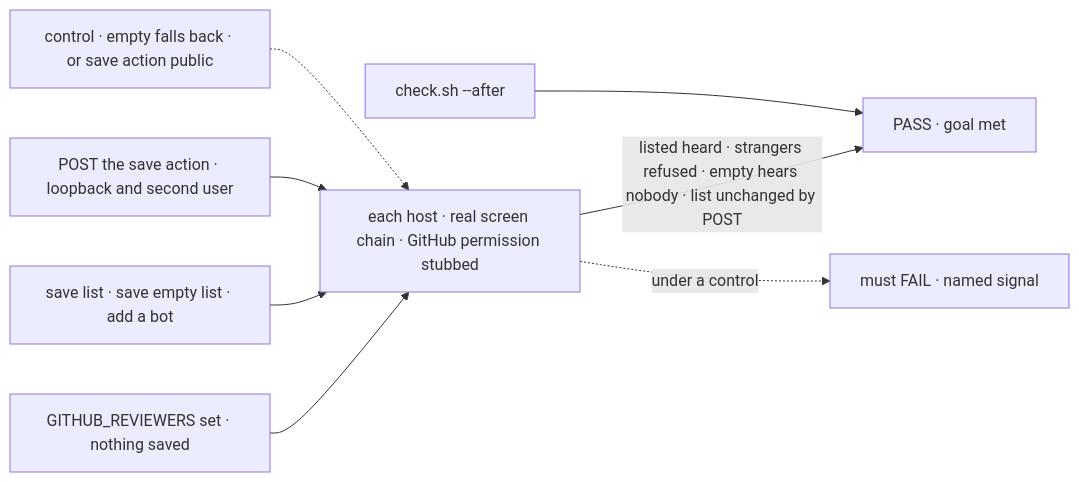
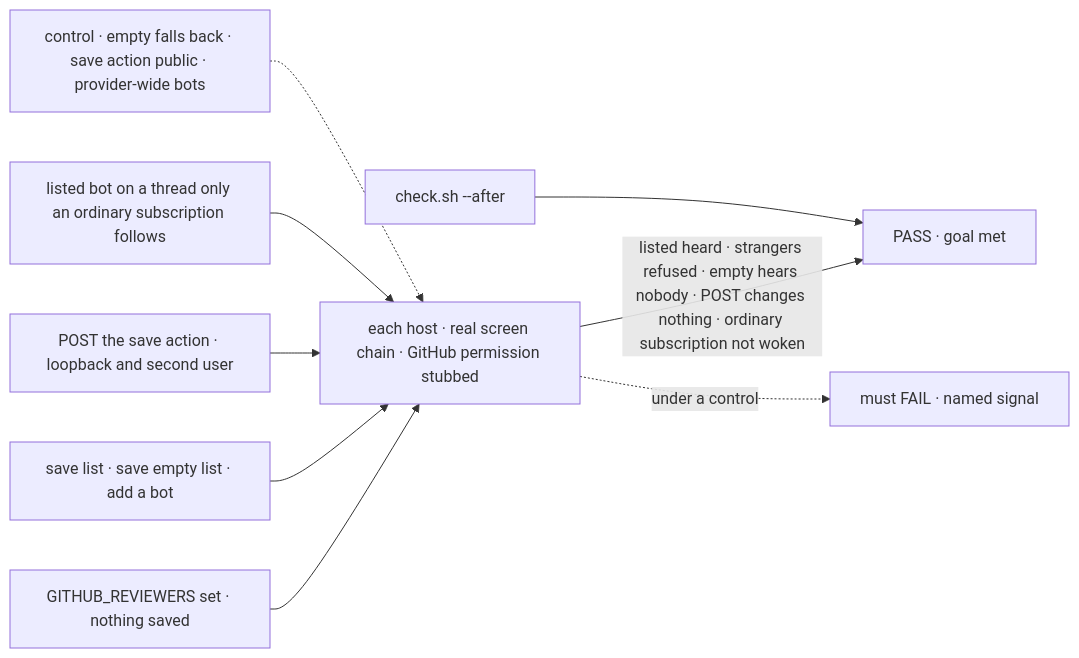
Before and after one commit to fixpoint-labs/flow-state-dev: the first of 2 diagrams in specs/issues/FIX-2873/SPEC.md, drawn with Mermaid. The commit also changed other lines of this file and 2 other files, not shown here.

First line of the commit message:
spec(FIX-2873): admit listed bots per follow, and narrow the goal to the direct write

````diff
--- a/specs/issues/FIX-2873/SPEC.md
+++ b/specs/issues/FIX-2873/SPEC.md
@@ -34,10 +34,11 @@
 ```mermaid
 flowchart LR
   E["GITHUB_REVIEWERS set · nothing saved"] --> H["each host · real screen chain · GitHub permission stubbed"]
   S["save list · save empty list · add a bot"] --> H
   W["POST the save action · loopback and second user"] --> H
-  H -->|"listed heard · strangers refused · empty hears nobody · list unchanged by POST"| P["PASS · goal met"]
-  C["control · empty falls back · or save action public"] -.-> H
+  O["listed bot on a thread only an ordinary subscription follows"] --> H
+  H -->|"listed heard · strangers refused · empty hears nobody · POST changes nothing · ordinary subscription not woken"| P["PASS · goal met"]
+  C["control · empty falls back · save action public · provider-wide bots"] -.-> H
   H -.->|"under a control"| F["must FAIL · named signal"]
   K["check.sh --after"] --> P
 ```
````
